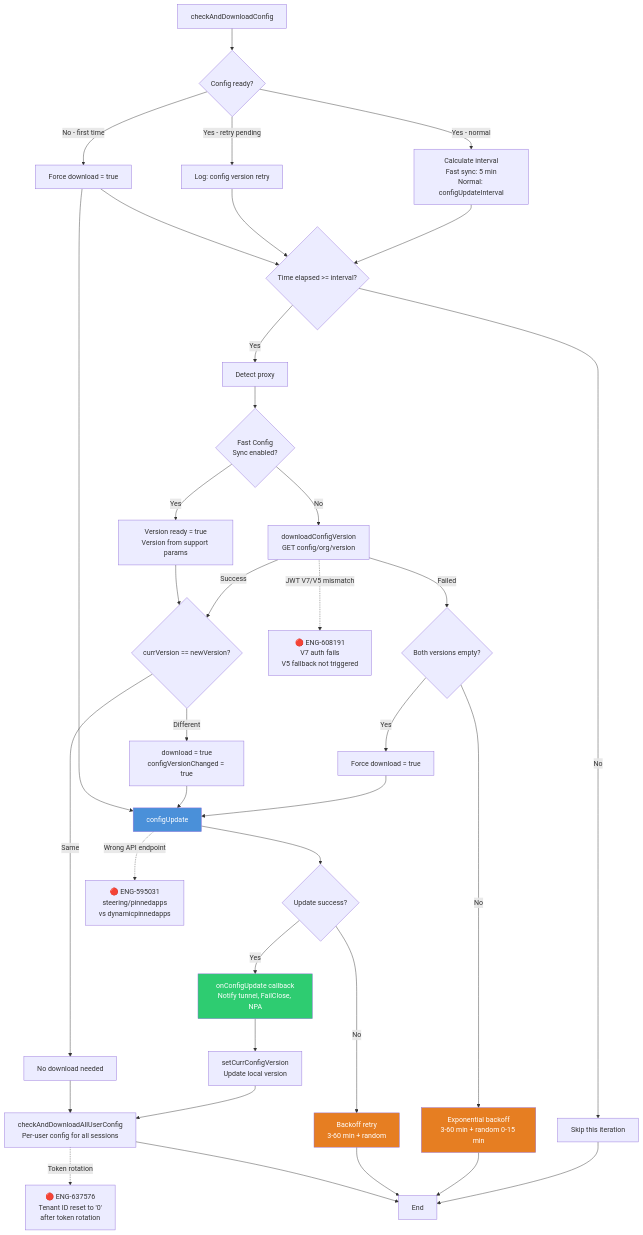
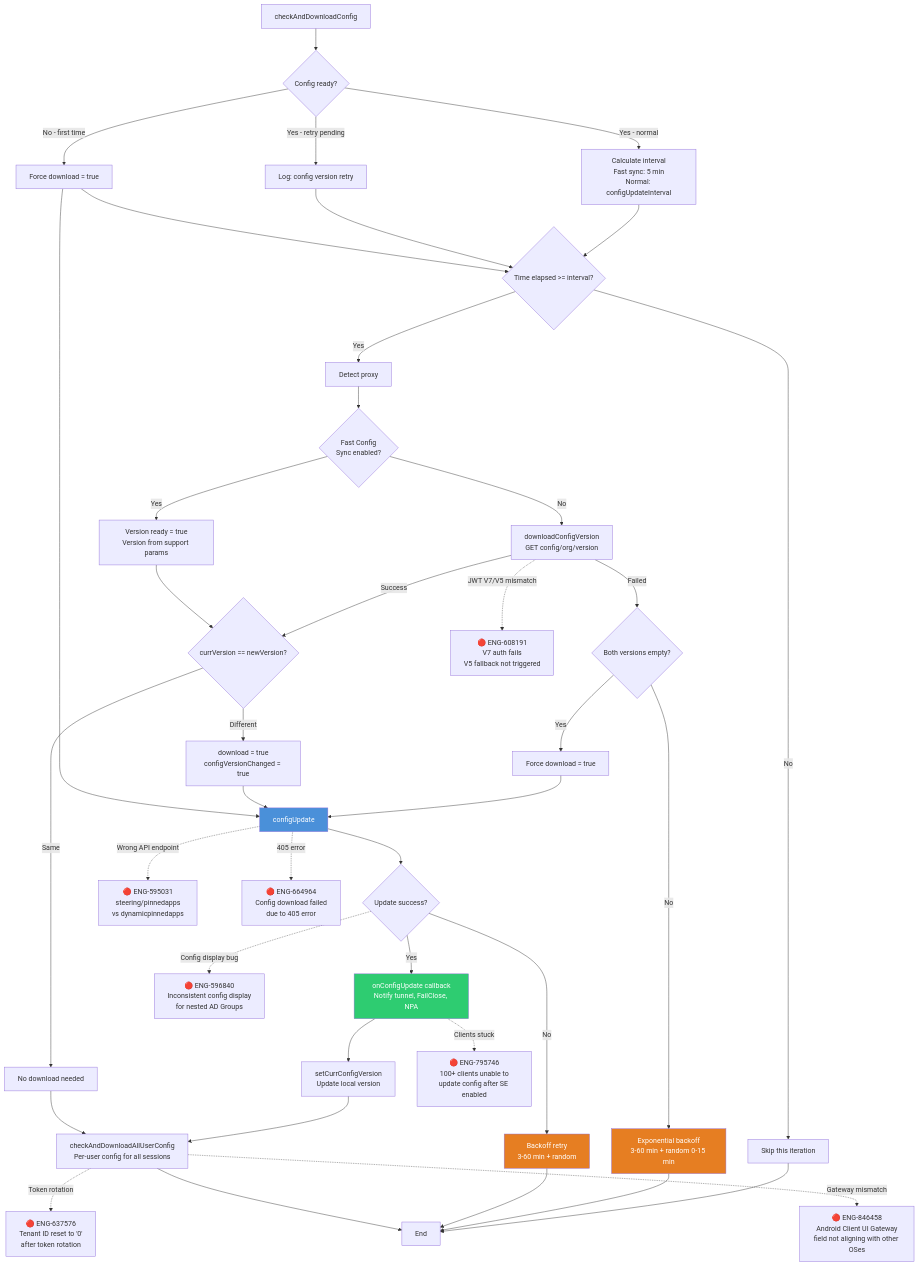
Before and after one commit to ns-klin/endpoint_system_test_plan: the third of 8 diagrams in chapters/04_config_download.md, drawn with Mermaid. The commit also changed other lines of this file and 26 other files, not shown here.

First line of the commit message:
Add 87 bugs from Excel enrichment and integrate into mermaid diagrams

````diff
--- a/chapters/04_config_download.md
+++ b/chapters/04_config_download.md
@@ -147,58 +147,63 @@
 ```mermaid
 flowchart TD
     START[checkAndDownloadConfig] --> READY{Config ready?}
     
     READY -->|No - first time| FORCE_DL[Force download = true]
     READY -->|Yes - retry pending| RETRY_LOG[Log: config version retry]
     READY -->|Yes - normal| CALC_INTERVAL[Calculate interval<br/>Fast sync: 5 min<br/>Normal: configUpdateInterval]
     
     CALC_INTERVAL --> TIME_CHECK{Time elapsed >= interval?}
     RETRY_LOG --> TIME_CHECK
     FORCE_DL --> TIME_CHECK
     
     TIME_CHECK -->|No| SKIP[Skip this iteration]
     TIME_CHECK -->|Yes| PROXY[Detect proxy]
     
     PROXY --> FAST_SYNC{Fast Config<br/>Sync enabled?}
     FAST_SYNC -->|Yes| VER_READY_FAST[Version ready = true<br/>Version from support params]
     FAST_SYNC -->|No| DL_VER[downloadConfigVersion<br/>GET config/org/version]
     
     DL_VER -->|Failed| VER_FAIL{Both versions empty?}
     VER_FAIL -->|Yes| FORCE_DL2[Force download = true]
     VER_FAIL -->|No| BACKOFF[Exponential backoff<br/>3-60 min + random 0-15 min]
     
     DL_VER -->|Success| VER_COMPARE{currVersion == newVersion?}
     VER_READY_FAST --> VER_COMPARE
     
     VER_COMPARE -->|Same| NO_CHANGE[No download needed]
     VER_COMPARE -->|Different| CHANGED[download = true<br/>configVersionChanged = true]
     
     DL_VER -.->|JWT V7/V5 mismatch| BUG_608191["🔴 ENG-608191<br/>V7 auth fails<br/>V5 fallback not triggered"]
     
     FORCE_DL2 --> DO_DOWNLOAD
     CHANGED --> DO_DOWNLOAD
     FORCE_DL --> DO_DOWNLOAD
     
     DO_DOWNLOAD[configUpdate] --> UPDATE_OK{Update success?}
     UPDATE_OK -->|Yes| NOTIFY[onConfigUpdate callback<br/>Notify tunnel, FailClose, NPA]
     UPDATE_OK -->|No| UPDATE_BACKOFF[Backoff retry<br/>3-60 min + random]
     
     DO_DOWNLOAD -.->|Wrong API endpoint| BUG_595031["🔴 ENG-595031<br/>steering/pinnedapps<br/>vs dynamicpinnedapps"]
     
     NOTIFY --> SET_VER[setCurrConfigVersion<br/>Update local version]
     
     SET_VER --> USER_CONFIG[checkAndDownloadAllUserConfig<br/>Per-user config for all sessions]
     
     USER_CONFIG -.->|Token rotation| BUG_637576["🔴 ENG-637576<br/>Tenant ID reset to '0'<br/>after token rotation"]
-    
+
+    UPDATE_OK -.->|Config display bug| BUG_596840["🔴 ENG-596840<br/>Inconsistent config display<br/>for nested AD Groups"]
+    DO_DOWNLOAD -.->|405 error| BUG_664964["🔴 ENG-664964<br/>Config download failed<br/>due to 405 error"]
+    NOTIFY -.->|Clients stuck| BUG_795746["🔴 ENG-795746<br/>100+ clients unable to<br/>update config after SE enabled"]
+    USER_CONFIG -.->|Gateway mismatch| BUG_846458["🔴 ENG-846458<br/>Android Client UI Gateway<br/>field not aligning with other OSes"]
+
     NO_CHANGE --> USER_CONFIG
     SKIP --> END[End]
     BACKOFF --> END
     UPDATE_BACKOFF --> END
     USER_CONFIG --> END
     
     style DO_DOWNLOAD fill:#4a90d9,color:#fff
     style NOTIFY fill:#2ecc71,color:#fff
     style BACKOFF fill:#e67e22,color:#fff
     style UPDATE_BACKOFF fill:#e67e22,color:#fff
 ```
````
